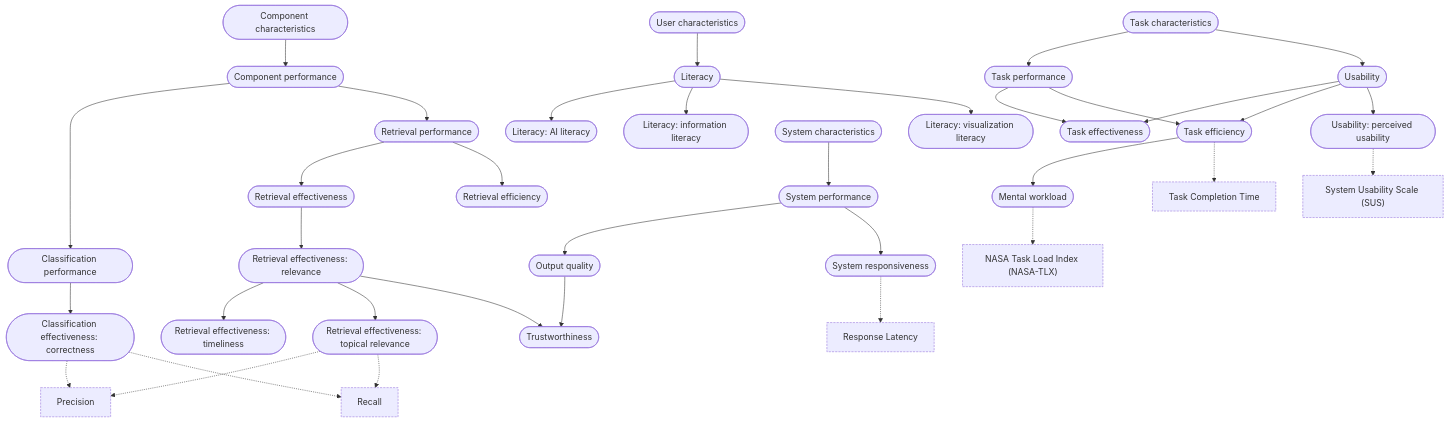
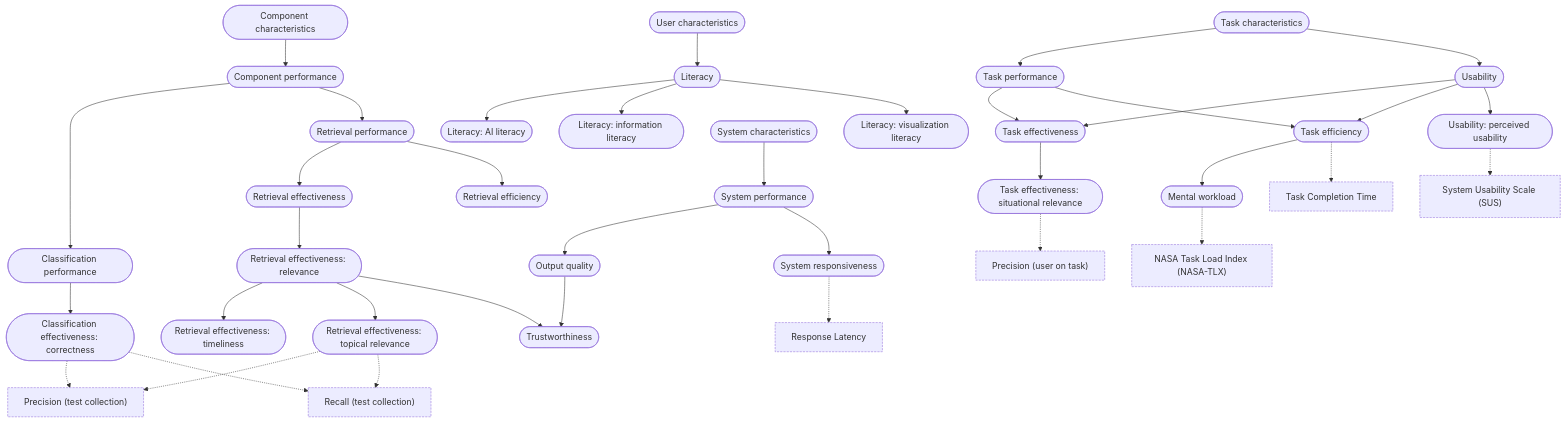
Before and after one commit to HAMI-Lab/metrics-kb: the diagram in constructs/index.md, drawn with Mermaid. The commit also changed other lines of this file and 23 other files, not shown here.

First line of the commit message:
Split precision by root: Precision (test collection) and Precision (user on task)

````diff
--- a/constructs/index.md
+++ b/constructs/index.md
@@ -7,71 +7,75 @@
 ```mermaid
 graph TD
   c_ai_literacy(["Literacy: AI literacy"])
   c_classification_correctness(["Classification effectiveness: correctness"])
   c_classification_performance(["Classification performance"])
   c_component_characteristics(["Component characteristics"])
   c_component_performance(["Component performance"])
   c_information_literacy(["Literacy: information literacy"])
   c_literacy(["Literacy"])
   c_mental_workload(["Mental workload"])
   c_output_quality(["Output quality"])
   c_perceived_usability(["Usability: perceived usability"])
   c_relevance(["Retrieval effectiveness: relevance"])
   c_responsiveness(["System responsiveness"])
   c_retrieval_effectiveness(["Retrieval effectiveness"])
   c_retrieval_efficiency(["Retrieval efficiency"])
   c_retrieval_performance(["Retrieval performance"])
+  c_situational_relevance(["Task effectiveness: situational relevance"])
   c_system_characteristics(["System characteristics"])
   c_system_performance(["System performance"])
   c_task_characteristics(["Task characteristics"])
   c_task_effectiveness(["Task effectiveness"])
   c_task_efficiency(["Task efficiency"])
   c_task_performance(["Task performance"])
   c_timeliness(["Retrieval effectiveness: timeliness"])
   c_topical_relevance(["Retrieval effectiveness: topical relevance"])
   c_trustworthiness(["Trustworthiness"])
   c_usability(["Usability"])
   c_user_characteristics(["User characteristics"])
   c_visualization_literacy(["Literacy: visualization literacy"])
   m_nasa_tlx["NASA Task Load Index (NASA-TLX)"]:::metric
-  m_precision["Precision"]:::metric
-  m_recall["Recall"]:::metric
+  m_precision_test_collection["Precision (test collection)"]:::metric
+  m_precision_user_task["Precision (user on task)"]:::metric
+  m_recall_test_collection["Recall (test collection)"]:::metric
   m_response_latency["Response Latency"]:::metric
   m_system_usability_scale["System Usability Scale (SUS)"]:::metric
   m_task_completion_time["Task Completion Time"]:::metric
   c_classification_performance --> c_classification_correctness
   c_component_characteristics --> c_component_performance
   c_component_performance --> c_classification_performance
   c_component_performance --> c_retrieval_performance
   c_literacy --> c_ai_literacy
   c_literacy --> c_information_literacy
   c_literacy --> c_visualization_literacy
   c_output_quality --> c_trustworthiness
   c_relevance --> c_timeliness
   c_relevance --> c_topical_relevance
   c_relevance --> c_trustworthiness
   c_retrieval_effectiveness --> c_relevance
   c_retrieval_performance --> c_retrieval_effectiveness
   c_retrieval_performance --> c_retrieval_efficiency
   c_system_characteristics --> c_system_performance
   c_system_performance --> c_output_quality
   c_system_performance --> c_responsiveness
   c_task_characteristics --> c_task_performance
   c_task_characteristics --> c_usability
+  c_task_effectiveness --> c_situational_relevance
   c_task_efficiency --> c_mental_workload
   c_task_performance --> c_task_effectiveness
   c_task_performance --> c_task_efficiency
   c_usability --> c_task_effectiveness
   c_usability --> c_task_efficiency
   c_usability --> c_perceived_usability
   c_user_characteristics --> c_literacy
-  c_classification_correctness -.-> m_precision
-  c_classification_correctness -.-> m_recall
+  c_classification_correctness -.-> m_precision_test_collection
+  c_classification_correctness -.-> m_recall_test_collection
   c_mental_workload -.-> m_nasa_tlx
   c_perceived_usability -.-> m_system_usability_scale
   c_responsiveness -.-> m_response_latency
+  c_situational_relevance -.-> m_precision_user_task
   c_task_efficiency -.-> m_task_completion_time
-  c_topical_relevance -.-> m_precision
-  c_topical_relevance -.-> m_recall
+  c_topical_relevance -.-> m_precision_test_collection
+  c_topical_relevance -.-> m_recall_test_collection
   classDef metric stroke-dasharray: 4 2
 ```
````
